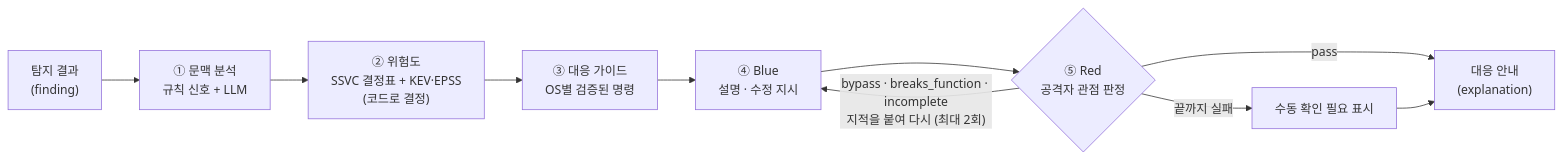
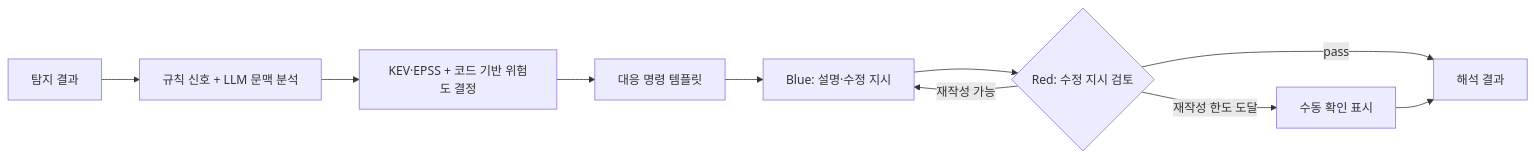
The diagram in docs/llm.md (maebsy/YMCA-hackathon-2026), drawn with Mermaid before and after one commit. The commit also changed other lines of this file and 16 other files, not shown here.

````diff
--- a/docs/llm.md
+++ b/docs/llm.md
@@ -6,11 +9,12 @@
 ```mermaid
 flowchart LR
-    F["탐지 결과<br/>(finding)"] --> C["① 문맥 분석<br/>규칙 신호 + LLM"]
-    C --> K["② 위험도<br/>SSVC 결정표 + KEV·EPSS<br/>(코드로 결정)"]
-    K --> G["③ 대응 가이드<br/>OS별 검증된 명령"]
-    G --> B["④ Blue<br/>설명 · 수정 지시"]
-    B --> R{"⑤ Red<br/>공격자 관점 판정"}
-    R -- pass --> OUT["대응 안내<br/>(explanation)"]
-    R -- "bypass · breaks_function · incomplete<br/>지적을 붙여 다시 (최대 2회)" --> B
-    R -- 끝까지 실패 --> M["수동 확인 필요 표시"] --> OUT
+    F[탐지 결과] --> C[규칙 신호 + LLM 문맥 분석]
+    C --> K[KEV·EPSS + 코드 기반 위험도 결정]
+    K --> G[대응 명령 템플릿]
+    G --> B[Blue: 설명·수정 지시]
+    B --> R{Red: 수정 지시 검토}
+    R -- pass --> O[해석 결과]
+    R -- 재작성 가능 --> B
+    R -- 재작성 한도 도달 --> M[수동 확인 표시]
+    M --> O
 ```
````
